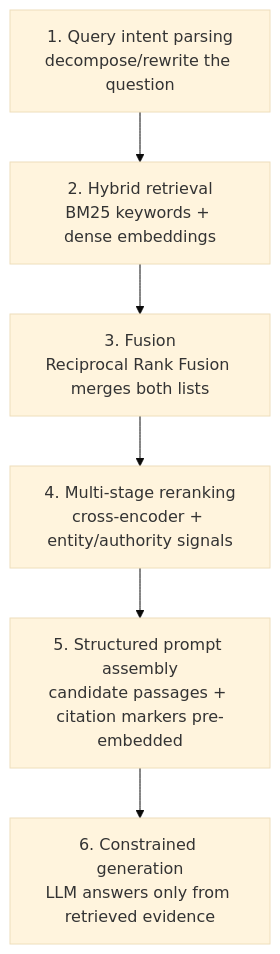
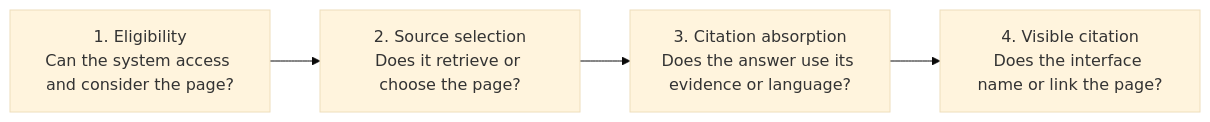
One commit to cubxxw/blog changed the diagram in content/en/ai-agent/posts/geo-how-ai-retrieves-and-cites.md. Above: the diagram before and after it, drawn with Mermaid (base theme). The commit also changed other lines of this file and 40 other files, not shown here.

````diff
--- a/content/en/ai-agent/posts/geo-how-ai-retrieves-and-cites.md
+++ b/content/en/ai-agent/posts/geo-how-ai-retrieves-and-cites.md
@@ -51,8 +98,6 @@
 ```mermaid
-flowchart TB
-    A[1. Query intent parsing<br/>decompose/rewrite the question] --> B[2. Hybrid retrieval<br/>BM25 keywords + dense embeddings]
-    B --> C[3. Fusion<br/>Reciprocal Rank Fusion merges both lists]
-    C --> D[4. Multi-stage reranking<br/>cross-encoder + entity/authority signals]
-    D --> E[5. Structured prompt assembly<br/>candidate passages + citation markers pre-embedded]
-    E --> F[6. Constrained generation<br/>LLM answers only from retrieved evidence]
+flowchart LR
+    A["1. Eligibility<br/>Can the system access and consider the page?"] --> B["2. Source selection<br/>Does it retrieve or choose the page?"]
+    B --> C["3. Citation absorption<br/>Does the answer use its evidence or language?"]
+    C --> D["4. Visible citation<br/>Does the interface name or link the page?"]
 ```
````
